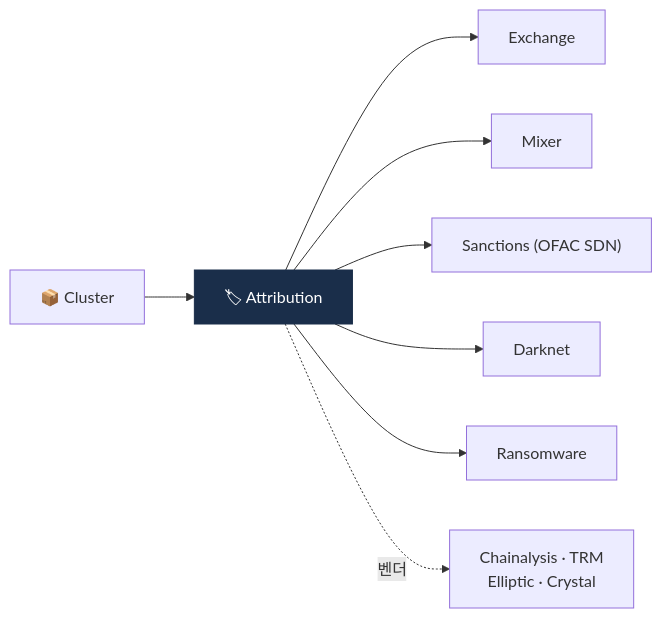
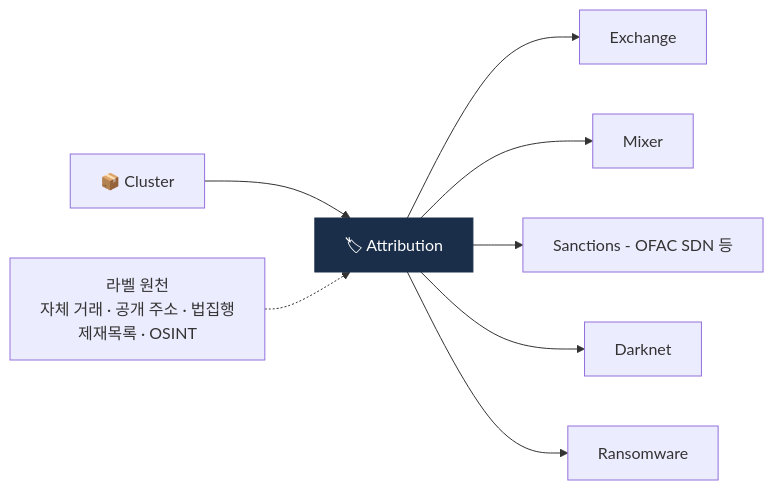
The first of 2 diagrams in curriculum/day_32.md (lala-david/aml-notes), drawn with Mermaid before and after one commit. The commit also changed other lines of this file and 233 other files, not shown here.

````diff
--- a/curriculum/day_32.md
+++ b/curriculum/day_32.md
@@ -13,11 +13,11 @@
 ```mermaid
 flowchart LR
     CL["📦 Cluster"] --> A["🏷 Attribution"]
     A --> E["Exchange"]
     A --> M["Mixer"]
-    A --> S["Sanctions (OFAC SDN)"]
+    A --> S["Sanctions - OFAC SDN 등"]
     A --> D["Darknet"]
     A --> R["Ransomware"]
-    A -.벤더.-> V["Chainalysis · TRM<br/>Elliptic · Crystal"]
+    SRC["라벨 원천<br/>자체 거래 · 공개 주소 · 법집행<br/>제재목록 · OSINT"] -.-> A
     style A fill:#1a2e4a,color:#fff,stroke:#1a2e4a
 ```
````
